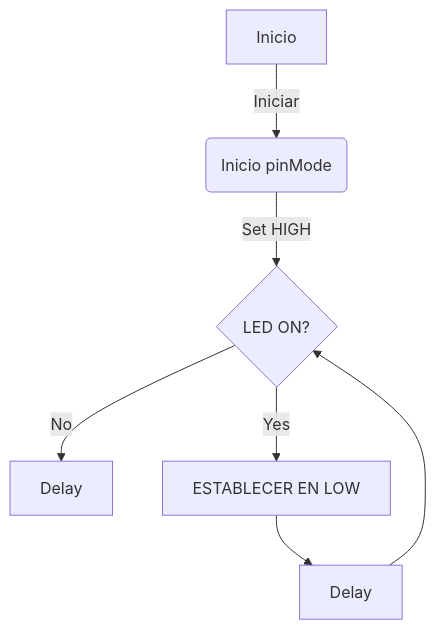
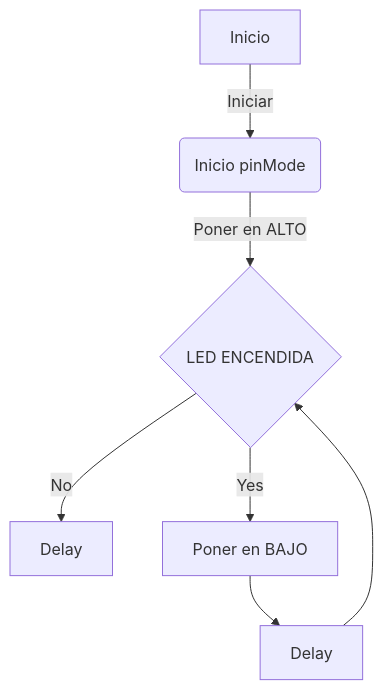
Before and after one commit to XaviFdez/Practica1: the first of 2 diagrams in README.md, drawn with Mermaid.

````diff
--- a/README.md
+++ b/README.md
@@ -171,10 +171,10 @@
 ```mermaid
 graph TD
     A[Inicio] -->|Iniciar| B(Inicio pinMode)
-    B -->|Set HIGH| C{LED ON?}
+    B -->|Poner en ALTO| C{LED ENCENDIDA}
     C -- No --> D[Delay]
-    C -- Yes --> E[ESTABLECER EN LOW]
+    C -- Yes --> E[Poner en BAJO]
     E --> F[Delay]
     F --> C
 
 ```
````
